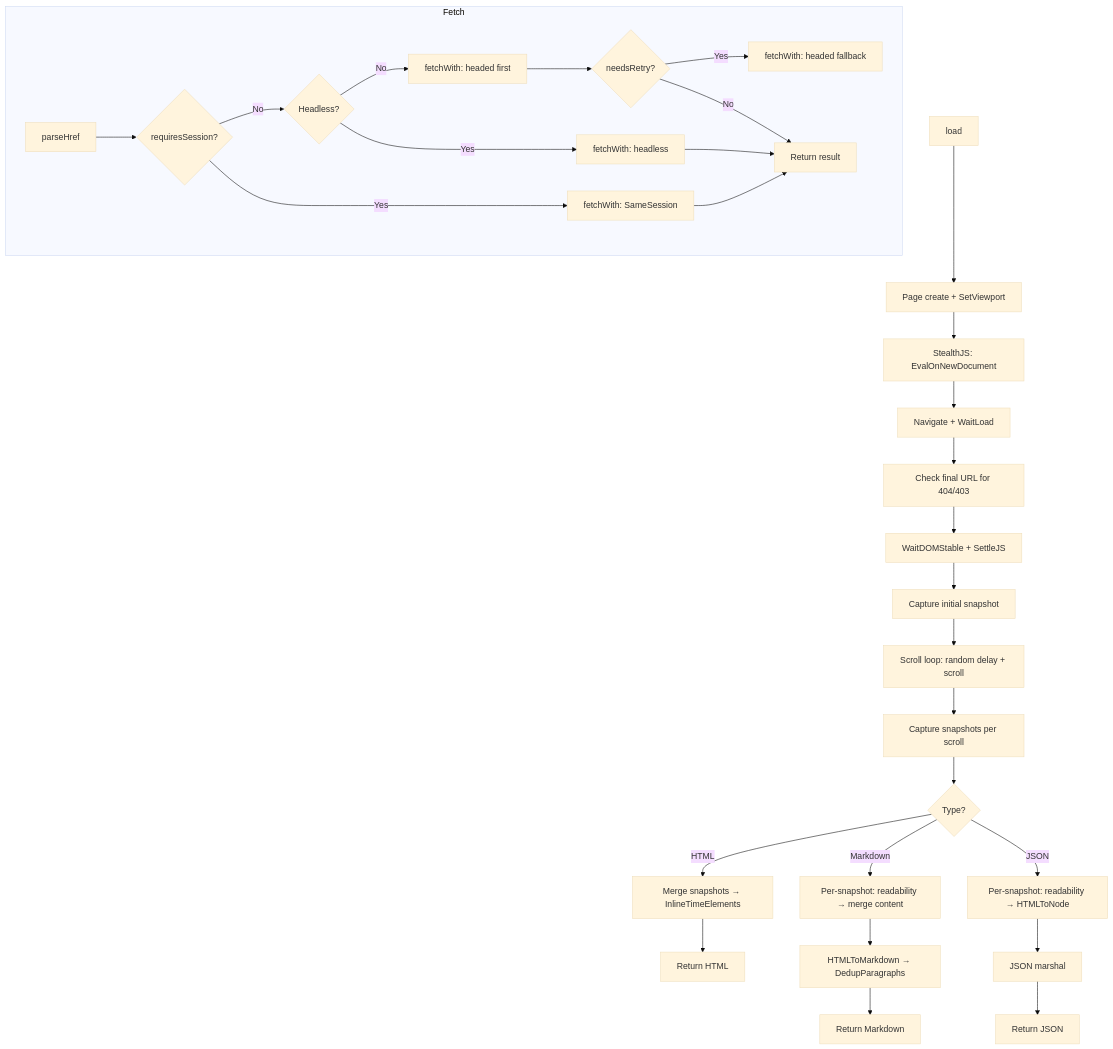
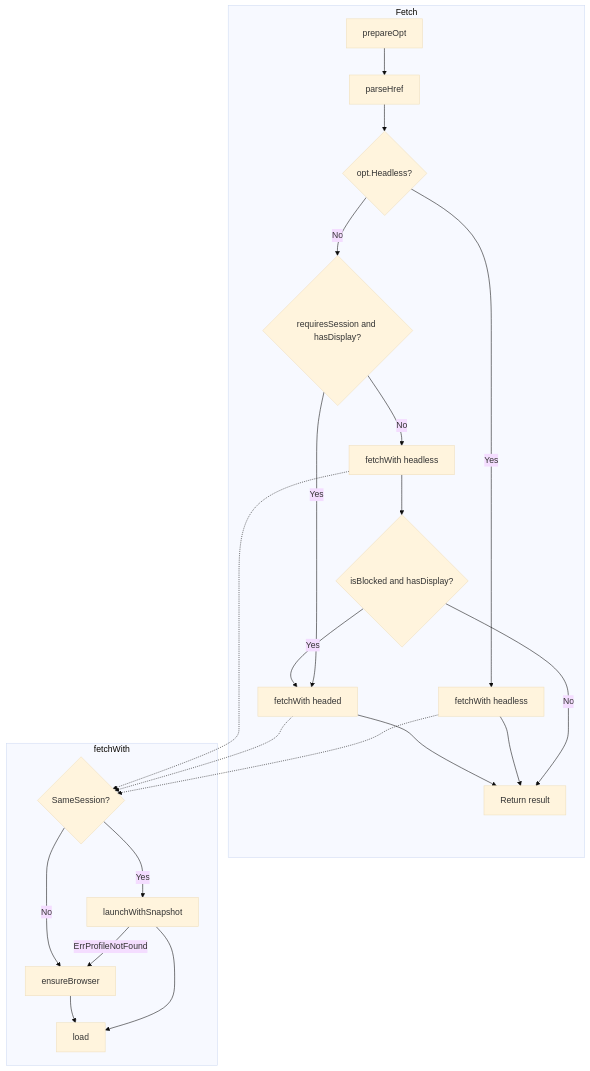
Before and after one commit to pardnchiu/go-browser: the third of 8 diagrams in doc/architecture.md, drawn with Mermaid (base theme). The commit also changed other lines of this file and 5 other files, not shown here.

````diff
--- a/doc/architecture.md
+++ b/doc/architecture.md
@@ -49,32 +57,26 @@
 ```mermaid
 graph TB
     subgraph Fetch
-        A[parseHref] --> B{requiresSession?}
-        B -->|Yes| C[fetchWith: SameSession]
-        B -->|No| D{Headless?}
-        D -->|Yes| E[fetchWith: headless]
-        D -->|No| F[fetchWith: headed first]
-        F --> G{needsRetry?}
-        G -->|Yes| H[fetchWith: headed fallback]
-        G -->|No| I[Return result]
-        E --> I
-        C --> I
+        A[prepareOpt] --> B[parseHref]
+        B --> C{opt.Headless?}
+        C -->|Yes| D[fetchWith headless]
+        C -->|No| E{requiresSession and hasDisplay?}
+        E -->|Yes| F[fetchWith headed]
+        E -->|No| G[fetchWith headless]
+        G --> H{isBlocked and hasDisplay?}
+        H -->|Yes| F
+        H -->|No| I[Return result]
+        D --> I
+        F --> I
     end
-    J[load] --> K[Page create + SetViewport]
-    K --> L[StealthJS: EvalOnNewDocument]
-    L --> M[Navigate + WaitLoad]
-    M --> N[Check final URL for 404/403]
-    N --> O[WaitDOMStable + SettleJS]
-    O --> P[Capture initial snapshot]
-    P --> Q[Scroll loop: random delay + scroll]
-    Q --> R[Capture snapshots per scroll]
-    R --> S{Type?}
-    S -->|HTML| T[Merge snapshots → InlineTimeElements]
-    S -->|Markdown| U[Per-snapshot: readability → merge content]
-    S -->|JSON| V[Per-snapshot: readability → HTMLToNode]
-    T --> W[Return HTML]
-    U --> X[HTMLToMarkdown → DedupParagraphs]
-    V --> Y[JSON marshal]
-    X --> Z[Return Markdown]
-    Y --> AA[Return JSON]
+    subgraph fetchWith
+        J{SameSession?} -->|Yes| K[launchWithSnapshot]
+        K -->|ErrProfileNotFound| L[ensureBrowser]
+        J -->|No| L
+        K --> M[load]
+        L --> M
+    end
+    D -.-> J
+    F -.-> J
+    G -.-> J
 ```
````
